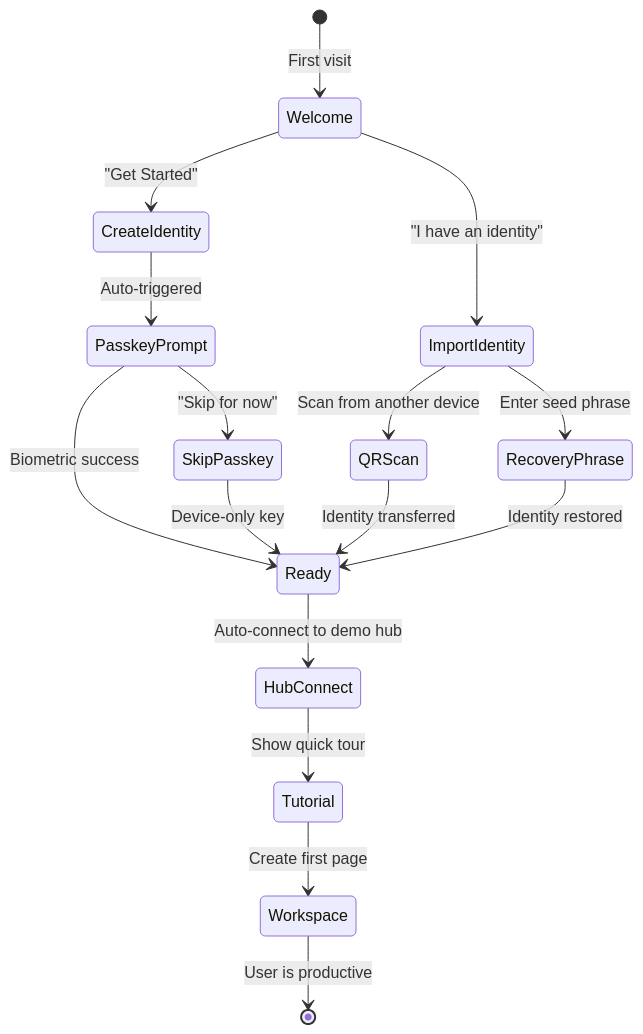
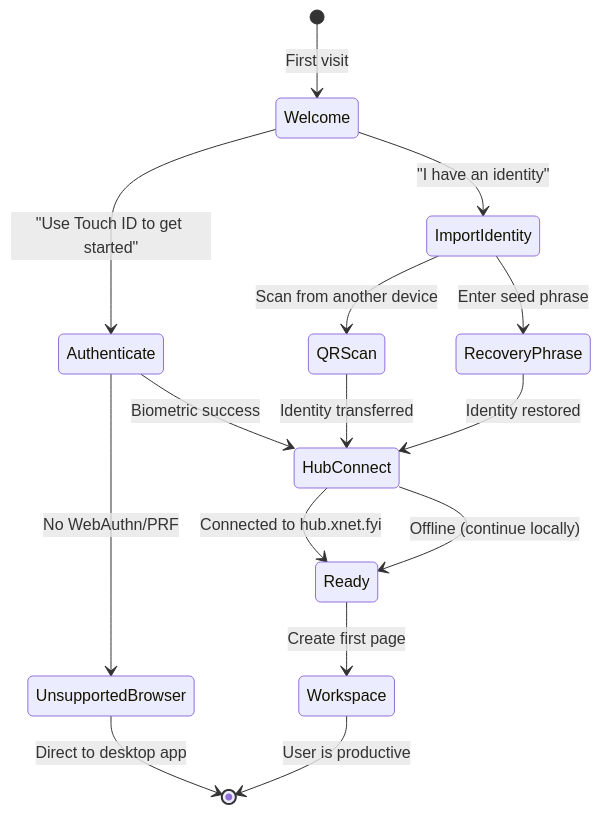
Before and after one commit to crs48/xNet: the diagram in docs/planStep03_91OnboardingAndPolish/02-onboarding-flow.md, drawn with Mermaid. The commit also changed other lines of this file and 9 other files, not shown here.

First line of the commit message:
docs: update onboarding plan for passkey-first auth, Railway demo hub, and xnet.fyi domain

````diff
--- a/docs/planStep03_91OnboardingAndPolish/02-onboarding-flow.md
+++ b/docs/planStep03_91OnboardingAndPolish/02-onboarding-flow.md
@@ -12,23 +12,24 @@
 ```mermaid
 stateDiagram-v2
     [*] --> Welcome: First visit
 
-    Welcome --> CreateIdentity: "Get Started"
+    Welcome --> Authenticate: "Use Touch ID to get started"
     Welcome --> ImportIdentity: "I have an identity"
 
-    CreateIdentity --> PasskeyPrompt: Auto-triggered
-    PasskeyPrompt --> Ready: Biometric success
-    PasskeyPrompt --> SkipPasskey: "Skip for now"
-    SkipPasskey --> Ready: Device-only key
+    Authenticate --> HubConnect: Biometric success
+    Authenticate --> UnsupportedBrowser: No WebAuthn/PRF
+
+    UnsupportedBrowser --> [*]: Direct to desktop app
 
     ImportIdentity --> QRScan: Scan from another device
     ImportIdentity --> RecoveryPhrase: Enter seed phrase
-    QRScan --> Ready: Identity transferred
-    RecoveryPhrase --> Ready: Identity restored
+    QRScan --> HubConnect: Identity transferred
+    RecoveryPhrase --> HubConnect: Identity restored
 
-    Ready --> HubConnect: Auto-connect to demo hub
-    HubConnect --> Tutorial: Show quick tour
-    Tutorial --> Workspace: Create first page
+    HubConnect --> Ready: Connected to hub.xnet.fyi
+    HubConnect --> Ready: Offline (continue locally)
+
+    Ready --> Workspace: Create first page
 
     Workspace --> [*]: User is productive
 ```
````
